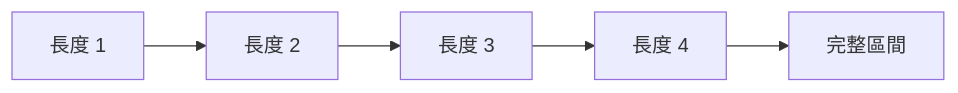
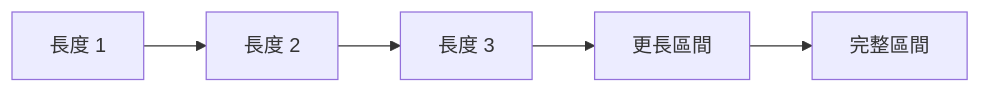
Before and after one commit to davidchen0970/algorithm_note: the second of 3 diagrams in 09_dynamic_programming/42_interval_dp.md, drawn with Mermaid. The commit also changed other lines of this file, not shown here.

````diff
--- a/09_dynamic_programming/42_interval_dp.md
+++ b/09_dynamic_programming/42_interval_dp.md
@@ -164,7 +162,7 @@
 ```mermaid
 flowchart LR
     A["長度 1"] --> B["長度 2"]
     B --> C["長度 3"]
-    C --> D["長度 4"]
+    C --> D["更長區間"]
     D --> E["完整區間"]
 ```
````
